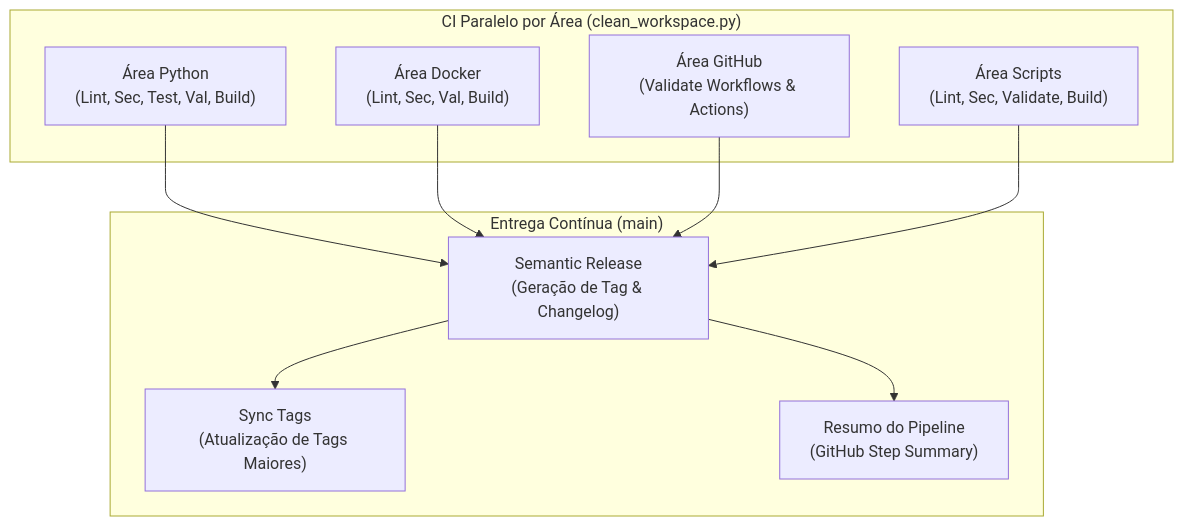
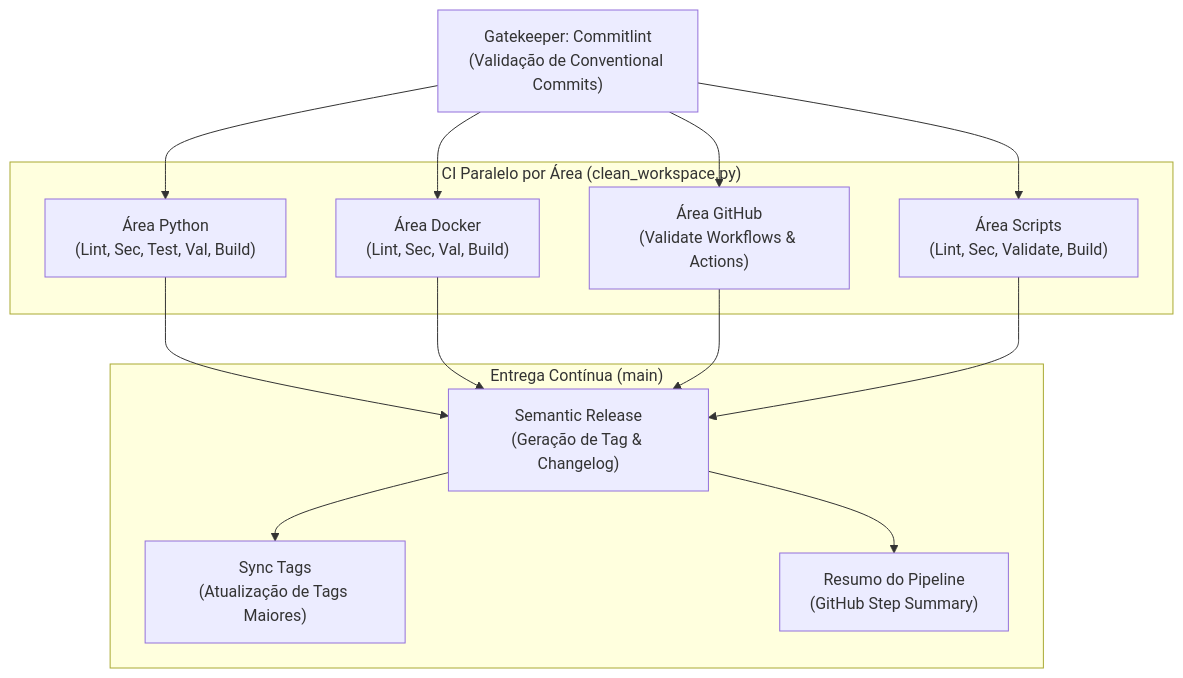
Before and after one commit to victorhc-silveira-ilegra/nagstamon-headless: the diagram in docs/devops.md, drawn with Mermaid. The commit also changed other lines of this file and 12 other files, not shown here.

````diff
--- a/docs/devops.md
+++ b/docs/devops.md
@@ -9,22 +9,28 @@
 ```mermaid
 flowchart TD
+    CL["Gatekeeper: Commitlint\n(Validação de Conventional Commits)"]
+    
     subgraph Matrix ["CI Paralelo por Área (clean_workspace.py)"]
         PY["Área Python\n(Lint, Sec, Test, Val, Build)"]
         DK["Área Docker\n(Lint, Sec, Val, Build)"]
         GH["Área GitHub\n(Validate Workflows & Actions)"]
         SH["Área Scripts\n(Lint, Sec, Validate, Build)"]
     end
 
     subgraph CD ["Entrega Contínua (main)"]
         REL["Semantic Release\n(Geração de Tag & Changelog)"]
         SYNC["Sync Tags\n(Atualização de Tags Maiores)"]
         SUM["Resumo do Pipeline\n(GitHub Step Summary)"]
     end
 
+    CL --> PY
+    CL --> DK
+    CL --> GH
+    CL --> SH
     PY --> REL
     DK --> REL
     GH --> REL
     SH --> REL
     REL --> SYNC
     REL --> SUM
 ```
````
